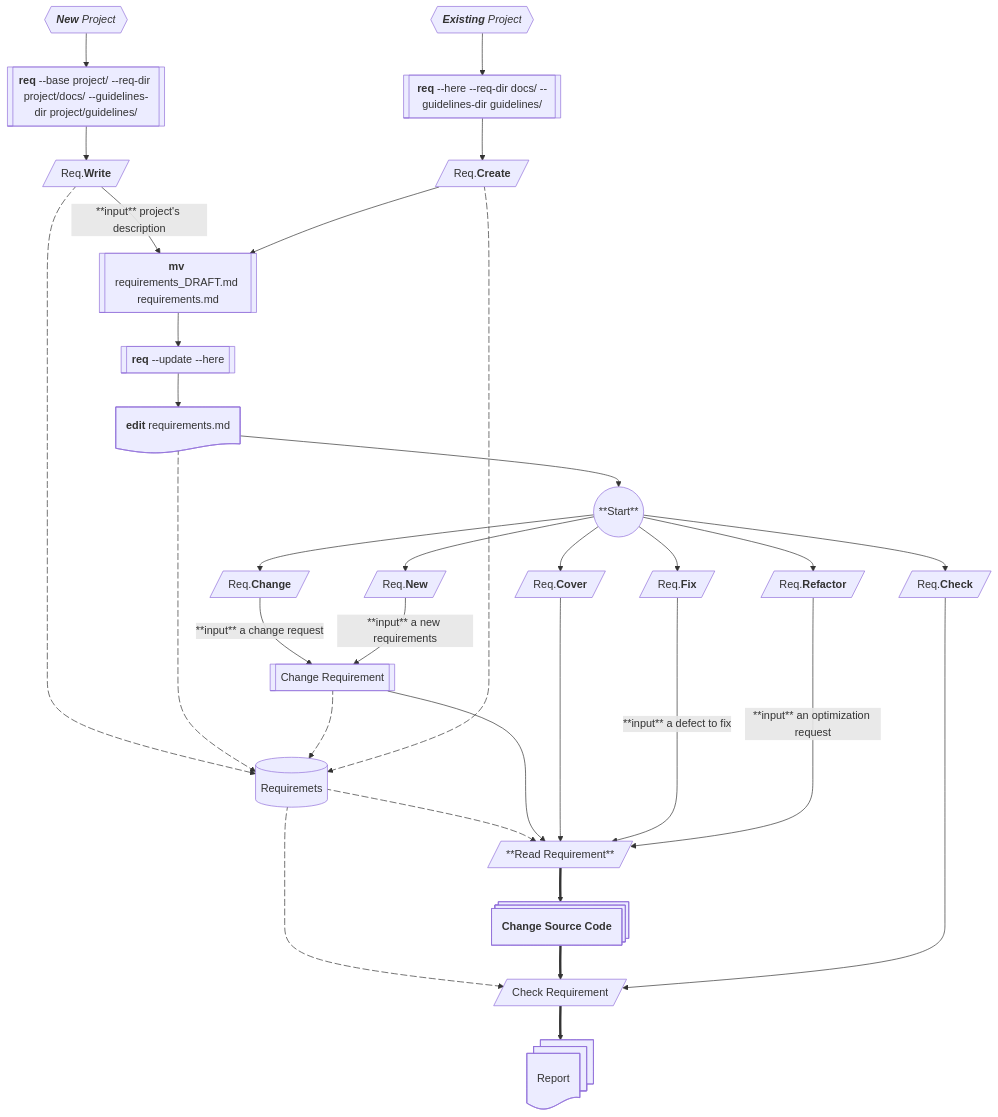
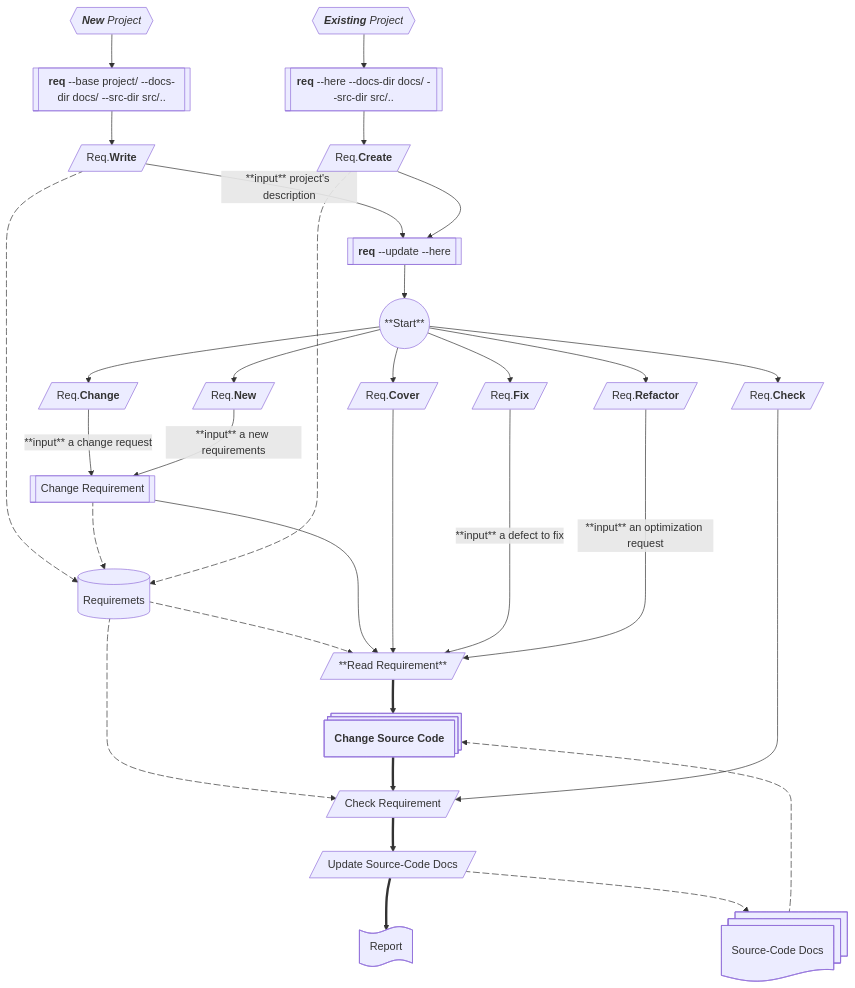
One commit to Ogekuri/useReq changed the diagram in images/flowchart.md. Above: the diagram before and after it, drawn with Mermaid. The commit also changed 12 other files, not shown here.

````diff
--- a/images/flowchart.md
+++ b/images/flowchart.md
@@ -12,10 +12,9 @@
     START((**Start**))
     NP@{ shape: hex, label: "***New*** *Project*"}
     EP@{ shape: hex, label: "***Existing*** *Project*"}
-    CMDNP@{ shape: subproc, label: "**req** --base project/ --req-dir project/docs/ --guidelines-dir project/guidelines/" }
-    CMDEP@{ shape: subproc, label: "**req** --here --req-dir docs/ --guidelines-dir guidelines/" }
+    CMDNP@{ shape: subproc, label: "**req** --base project/ --docs-dir docs/ --src-dir src/.." }
+    CMDEP@{ shape: subproc, label: "**req** --here --docs-dir docs/ --src-dir src/.." }
     CMDUPDATE@{ shape: subproc, label: "**req** --update --here" }
-    EDIT@{ shape: doc, label: "**edit** requirements.md" }
     REQ[(Requiremets)]
     CHANGE@{ shape: lean-r, label: "Req.**Change**"}
     CHECK@{ shape: lean-r, label: "Req.**Check**"}
@@ -25,25 +24,24 @@
     REFACTOR@{ shape: lean-r, label: "Req.**Refactor**"}
     WRITE@{ shape: lean-r, label: "Req.**Write**"}
     CREATE@{ shape: lean-r, label: "Req.**Create**"}
-    RENAME@{ shape: subproc, label: "**mv** requirements_DRAFT.md requirements.md" }
     REQ_CHANGE[[Change Requirement]]
     REQ_READ[/**Read Requirement**/]
     REQ_CHECK[/Check Requirement/]
+    UPDATE_DOCS[/Update Source-Code Docs/]
     CODE_CHANGE@{ shape: procs, label: "**Change Source Code**"}
-    REPORT@{ shape: docs, label: "Report"}
+    DOCS@{ shape: docs, label: "Source-Code Docs"}
+    REPORT@{ shape: paper-tape, label: "Report"}
 
     %% New Project
     NP --> CMDNP
     CMDNP --> WRITE
-    WRITE -- **input** project's description --> RENAME
+    WRITE -- **input** project's description --> CMDUPDATE
 
     %% Existing Project
     EP --> CMDEP
     CMDEP --> CREATE
-    CREATE--> RENAME
-    RENAME --> CMDUPDATE
-    CMDUPDATE --> EDIT
-    EDIT --> START
+    CREATE--> CMDUPDATE
+    CMDUPDATE --> START
 
     %% Requirements
     REQ e1@-.-> REQ_READ
@@ -52,8 +50,6 @@
     e2@{ animate: true }
     WRITE e3@-.-> REQ
     e3@{ animate: true }
-    EDIT e4@-.-> REQ
-    e4@{ animate: true }
     REQ_CHANGE e5@-.-> REQ
     e5@{ animate: true }
     CREATE e6@-.-> REQ
@@ -65,7 +61,8 @@
     REQ_CHANGE --> REQ_READ
     REQ_READ ==> CODE_CHANGE
     CODE_CHANGE ==> REQ_CHECK
-    REQ_CHECK ==> REPORT
+    REQ_CHECK ==> UPDATE_DOCS
+    UPDATE_DOCS ==> REPORT
     %% REPORT --> START
 
     %% Check
@@ -87,4 +84,10 @@
     %% New
     START --> NEW
     NEW -- **input** a new requirements--> REQ_CHANGE 
+
+    %% Source-Code Docs
+    UPDATE_DOCS e7@-.-> DOCS
+    e7@{ animate: true }
+    DOCS e8@-.-> CODE_CHANGE
+    e8@{ animate: true }
 ```
````
